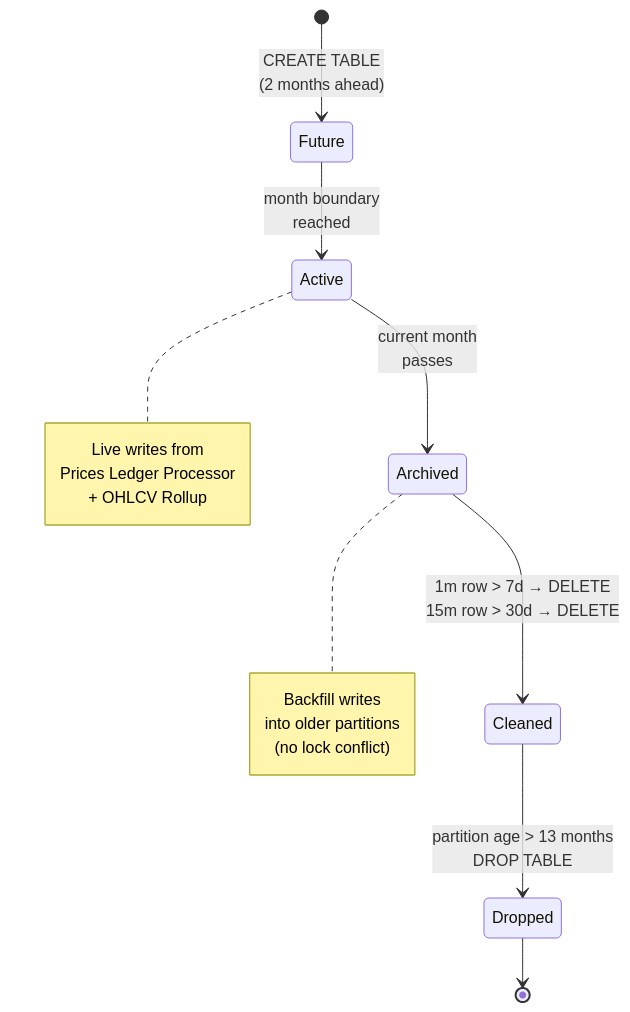
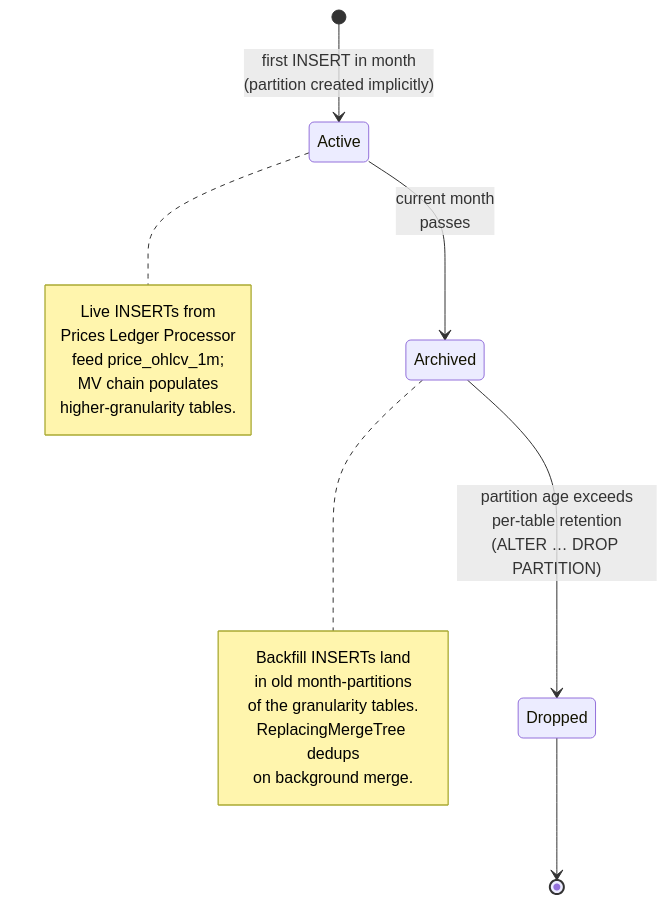
One commit to rumblefishdev/stellar-prices-api changed the fourth of 13 diagrams in docs/database-schema/database-schema-overview.md. Above: the diagram before and after it, drawn with Mermaid. The commit also changed other lines of this file and 2 other files, not shown here.

First line of the commit message:
docs(lore-0049): rewrite database-schema/ for ADR 0007 (Hetzner CH)

````diff
--- a/docs/database-schema/database-schema-overview.md
+++ b/docs/database-schema/database-schema-overview.md
@@ -624,21 +751,23 @@
 ```mermaid
 stateDiagram-v2
-    [*] --> Future : CREATE TABLE<br/>(2 months ahead)
-    Future --> Active : month boundary<br/>reached
+    [*] --> Active : first INSERT in month<br/>(partition created implicitly)
     Active --> Archived : current month<br/>passes
-    Archived --> Cleaned : 1m row > 7d → DELETE<br/>15m row > 30d → DELETE
-    Cleaned --> Dropped : partition age > 13 months<br/>DROP TABLE
+    Archived --> Dropped : partition age exceeds<br/>per-table retention<br/>(ALTER … DROP PARTITION)
     Dropped --> [*]
 
     note right of Active
-        Live writes from
+        Live INSERTs from
         Prices Ledger Processor
-        + OHLCV Rollup
+        feed price_ohlcv_1m;
+        MV chain populates
+        higher-granularity tables.
     end note
 
     note right of Archived
-        Backfill writes
-        into older partitions
-        (no lock conflict)
+        Backfill INSERTs land
+        in old month-partitions
+        of the granularity tables.
+        ReplacingMergeTree dedups
+        on background merge.
     end note
 ```
````
